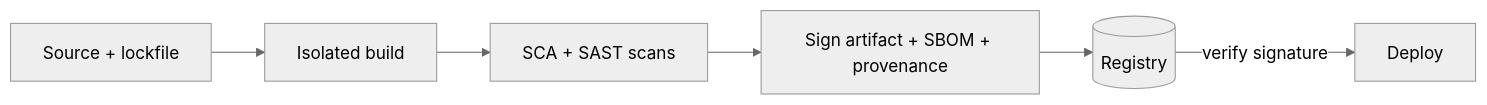
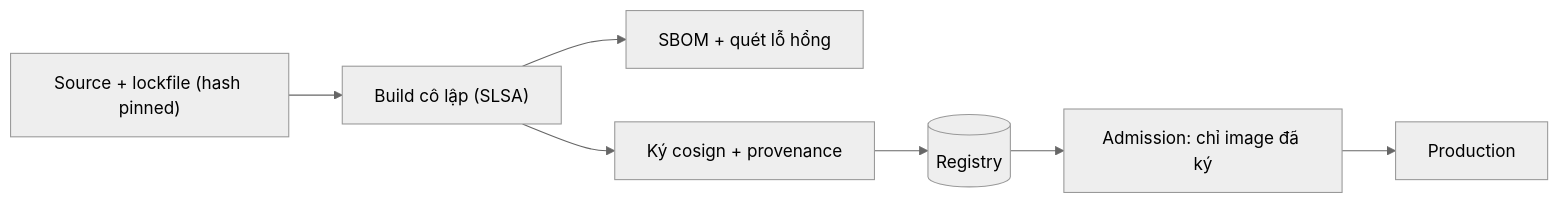
The diagram in src/assets/knowledge/playbooks/security/software-supply-chain-security.md (passion-Infinity/personal-tech-playbook), drawn with Mermaid (neutral theme) before and after one commit. The commit also changed other lines of this file and 8 other files, not shown here.

````diff
--- a/src/assets/knowledge/playbooks/security/software-supply-chain-security.md
+++ b/src/assets/knowledge/playbooks/security/software-supply-chain-security.md
@@ -17,8 +37,9 @@
 ```mermaid
 flowchart LR
-    SRC[Source + lockfile] --> B["Isolated build"]
-    B --> SC[SCA + SAST scans]
-    SC --> SIGN["Sign artifact + SBOM + provenance"]
-    SIGN --> REG[(Registry)]
-    REG -->|"verify signature"| DEP[Deploy]
+    SRC["Source + lockfile (hash pinned)"] --> BLD["Build cô lập (SLSA)"]
+    BLD --> SBOM["SBOM + quét lỗ hổng"]
+    BLD --> SIG["Ký cosign + provenance"]
+    SIG --> REG[("Registry")]
+    REG --> ADM["Admission: chỉ image đã ký"]
+    ADM --> PROD["Production"]
 ```
````
